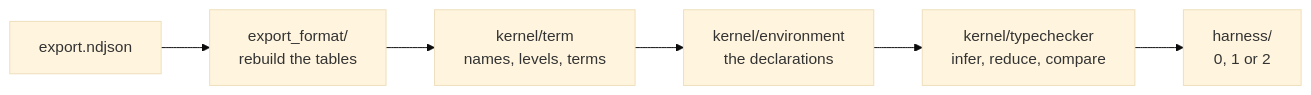
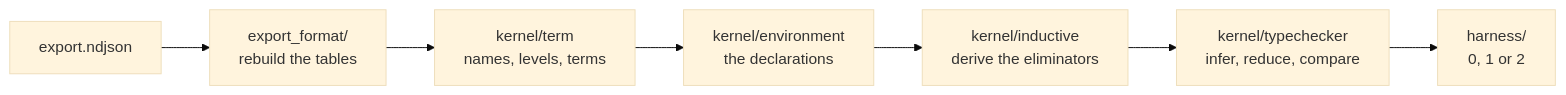
Before and after one commit to Amey-Thakur/SAIR-LEAN-KERNEL-CHALLENGE: the diagram in src/README.md, drawn with Mermaid (base theme). The commit also changed other lines of this file and 20 other files, not shown here.

````diff
--- a/src/README.md
+++ b/src/README.md
@@ -21,8 +21,9 @@
 ```mermaid
 flowchart LR
     E["export.ndjson"] --> R["export_format/<br>rebuild the tables"]
     R --> V["kernel/term<br>names, levels, terms"]
     V --> N["kernel/environment<br>the declarations"]
-    N --> T["kernel/typechecker<br>infer, reduce, compare"]
+    N --> I["kernel/inductive<br>derive the eliminators"]
+    I --> T["kernel/typechecker<br>infer, reduce, compare"]
     T --> H["harness/<br>0, 1 or 2"]
 ```
````
